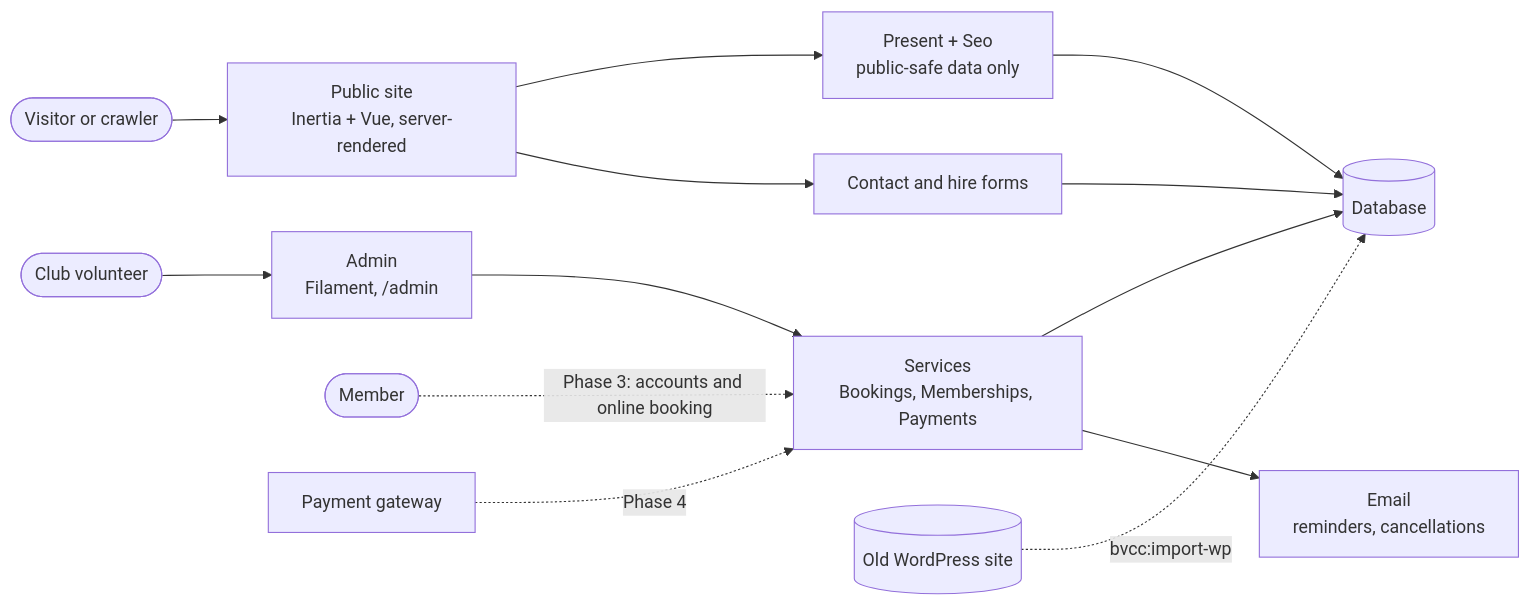
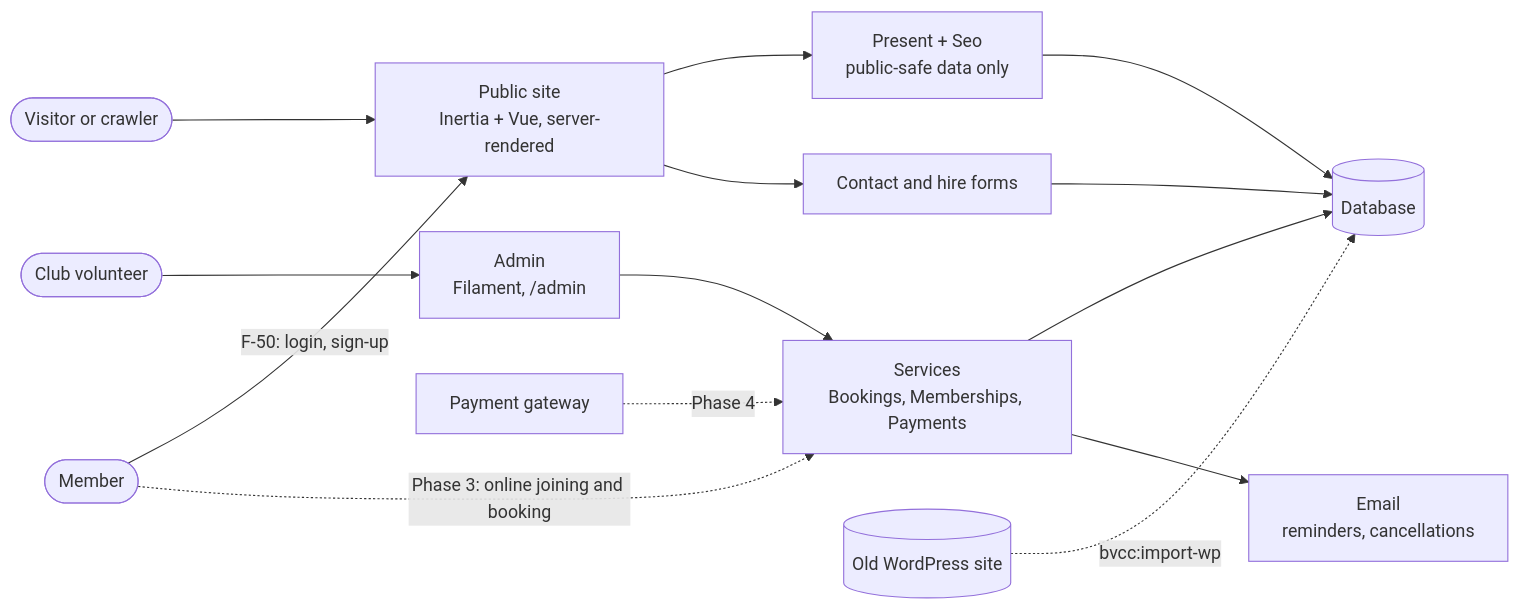
Before and after one commit to nickeblewis/bvcc-laravel: the diagram in docs/README.md, drawn with Mermaid. The commit also changed other lines of this file and 36 other files, not shown here.

````diff
--- a/docs/README.md
+++ b/docs/README.md
@@ -15,14 +16,15 @@
 ```mermaid
 flowchart LR
     visitor([Visitor or crawler]) --> site[Public site<br>Inertia + Vue, server-rendered]
     staff([Club volunteer]) --> admin[Admin<br>Filament, /admin]
     site --> present[Present + Seo<br>public-safe data only]
     present --> db[(Database)]
     admin --> services[Services<br>Bookings, Memberships, Payments]
     services --> db
     services --> mail[Email<br>reminders, cancellations]
     site --> forms[Contact and hire forms] --> db
     old[(Old WordPress site)] -. bvcc:import-wp .-> db
-    member([Member]) -. Phase 3: accounts and online booking .-> services
+    member([Member]) -- "F-50: login, sign-up" --> site
+    member -. Phase 3: online joining and booking .-> services
     gateway[Payment gateway] -. Phase 4 .-> services
 ```
````
